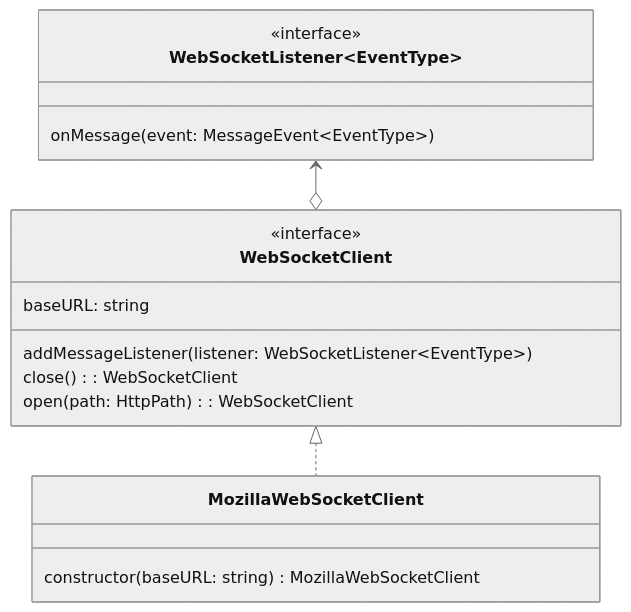
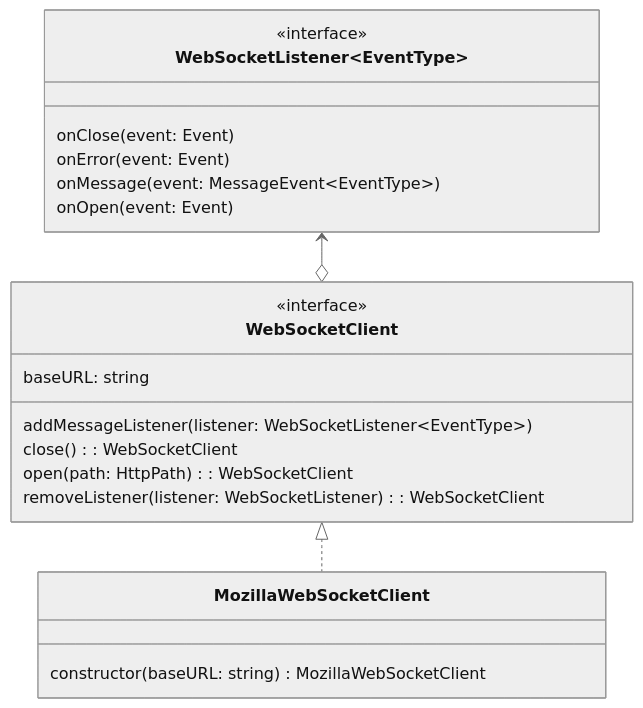
Before and after one commit to vechain/vechain-sdk-js: the diagram in docs/diagrams/v2/net/ws/ws.md, drawn with Mermaid (neutral theme). The commit also changed 13 other files, not shown here.

````diff
--- a/docs/diagrams/v2/net/ws/ws.md
+++ b/docs/diagrams/v2/net/ws/ws.md
@@ -1,19 +1,23 @@
 ```mermaid
 classDiagram
     class MozillaWebSocketClient {
         constructor(baseURL: string) MozillaWebSocketClient
     }
     class WebSocketClient {
         <<interface>>
         baseURL: string
         addMessageListener(listener: WebSocketListener~EventType~)
         close(): WebSocketClient
         open(path: HttpPath): WebSocketClient
+        removeListener(listener: WebSocketListener<unknown>): WebSocketClient
     }
     class WebSocketListener~EventType~ {
         <<interface>>
+        onClose(event: Event)
+        onError(event: Event)
         onMessage(event: MessageEvent~EventType~)
+        onOpen(event: Event)
     }
     WebSocketClient <|.. MozillaWebSocketClient
     WebSocketListener <--o WebSocketClient
 ```
````
